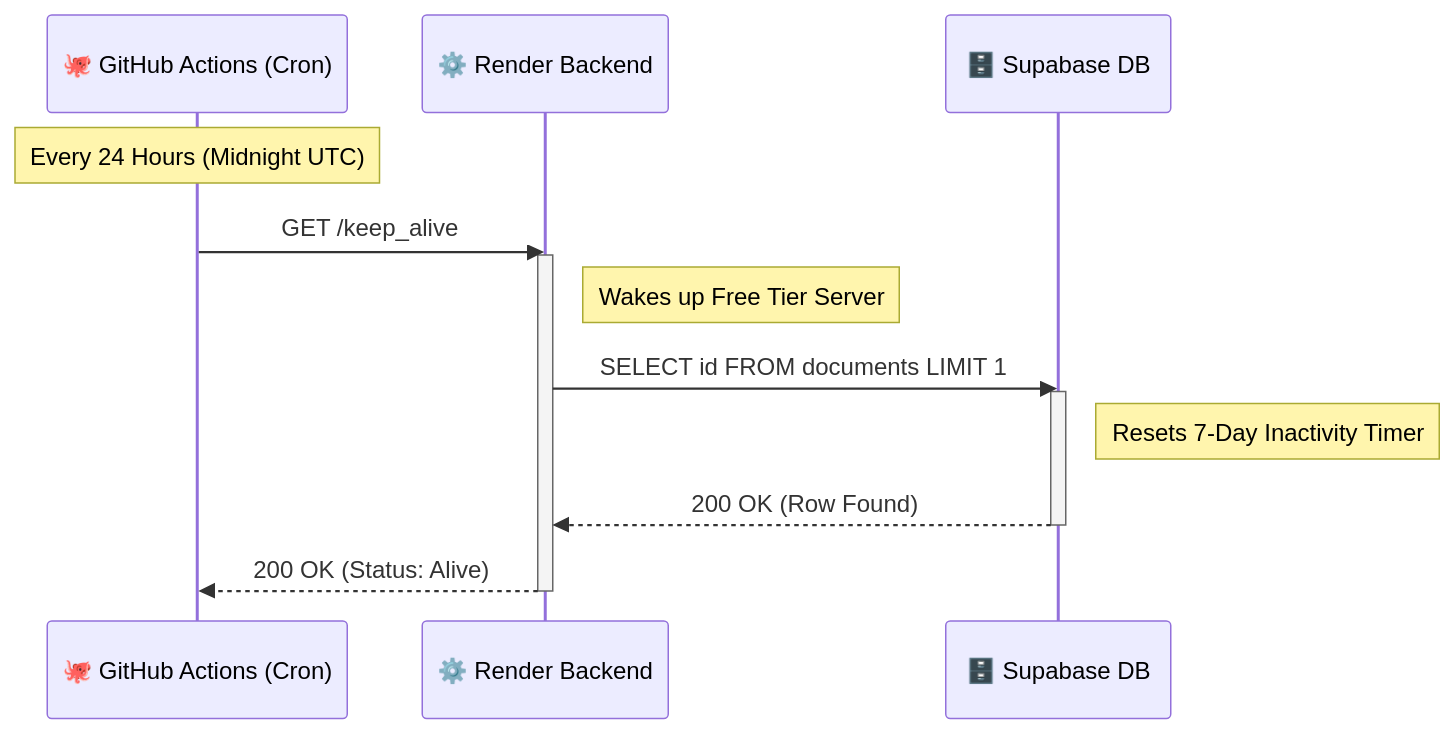
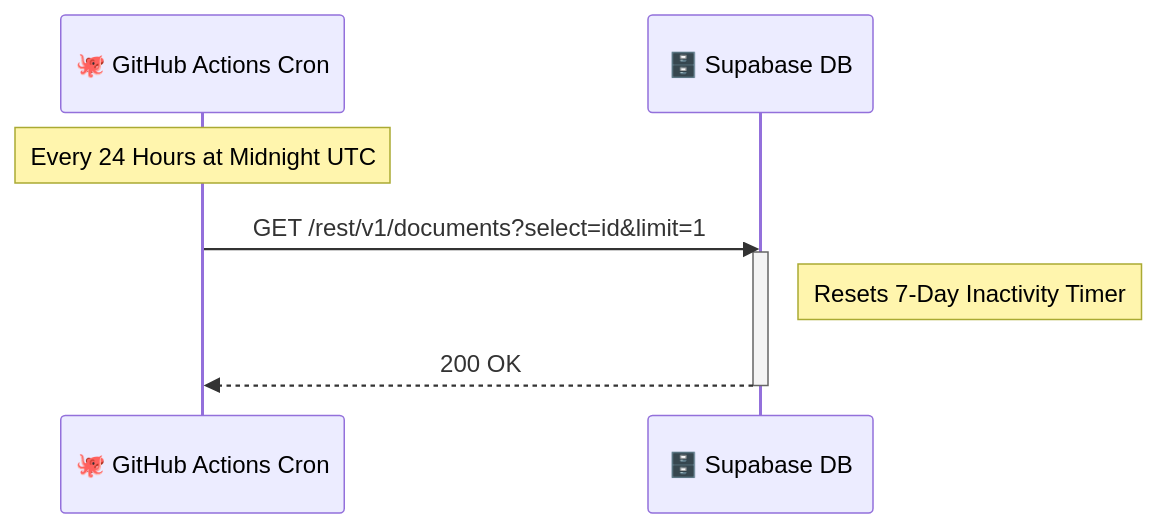
One commit to SujalAgrawal08/DocBrief changed the fourth of 4 diagrams in README.md. Above: the diagram before and after it, drawn with Mermaid. The commit also changed other lines of this file and 8 other files, not shown here.

````diff
--- a/README.md
+++ b/README.md
@@ -196,26 +258,14 @@
 ```mermaid
 sequenceDiagram
-    %% Theme Configuration
-    %% Note: Sequence diagrams use specific config objects or themes, 
-    %% but we can simulate the look via actor colors in some renderers.
-    
-    participant GH as 🐙 GitHub Actions (Cron)
-    participant BE as ⚙️ Render Backend
+    participant GH as 🐙 GitHub Actions Cron
     participant DB as 🗄️ Supabase DB
 
-    Note over GH: Every 24 Hours (Midnight UTC)
+    Note over GH: Every 24 Hours at Midnight UTC
     
-    GH->>BE: GET /keep_alive
-    activate BE
-    Note right of BE: Wakes up Free Tier Server
-    
-    BE->>DB: SELECT id FROM documents LIMIT 1
+    GH->>DB: GET /rest/v1/documents?select=id&limit=1
     activate DB
     Note right of DB: Resets 7-Day Inactivity Timer
     
-    DB-->>BE: 200 OK (Row Found)
+    DB-->>GH: 200 OK
     deactivate DB
-    
-    BE-->>GH: 200 OK (Status: Alive)
-    deactivate BE
 ```
````
